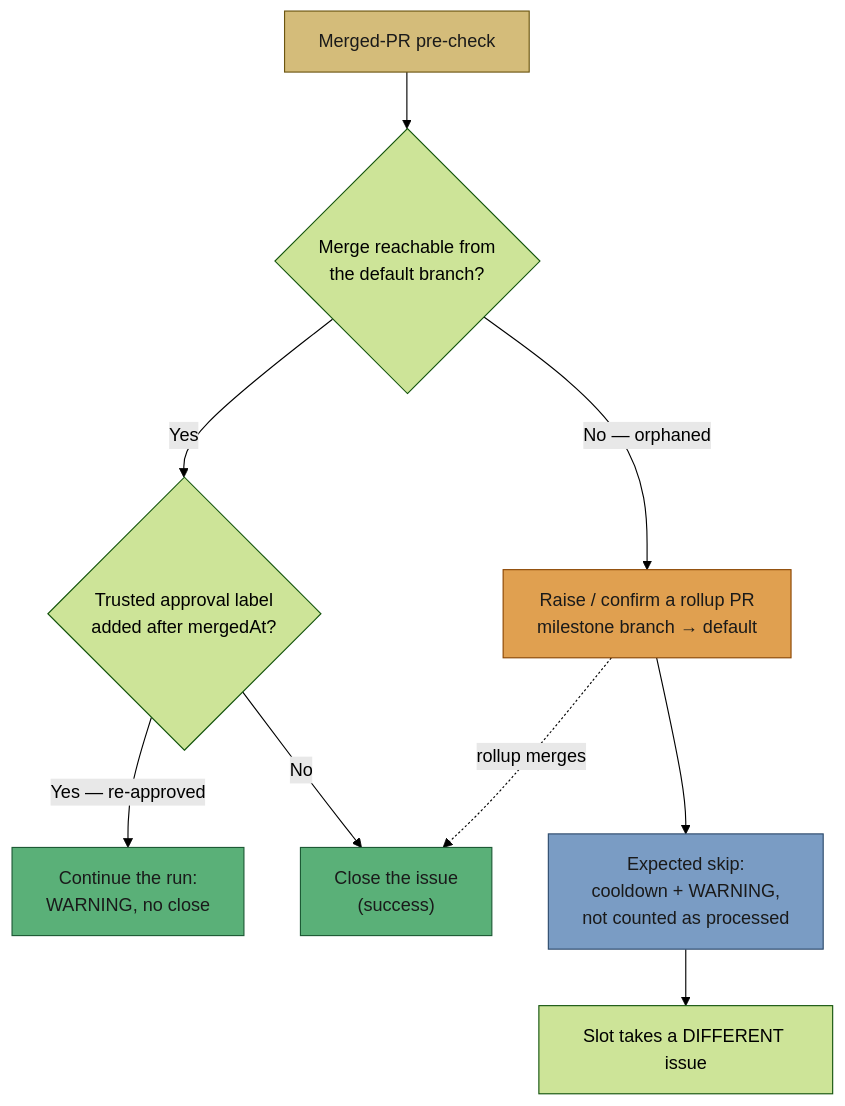
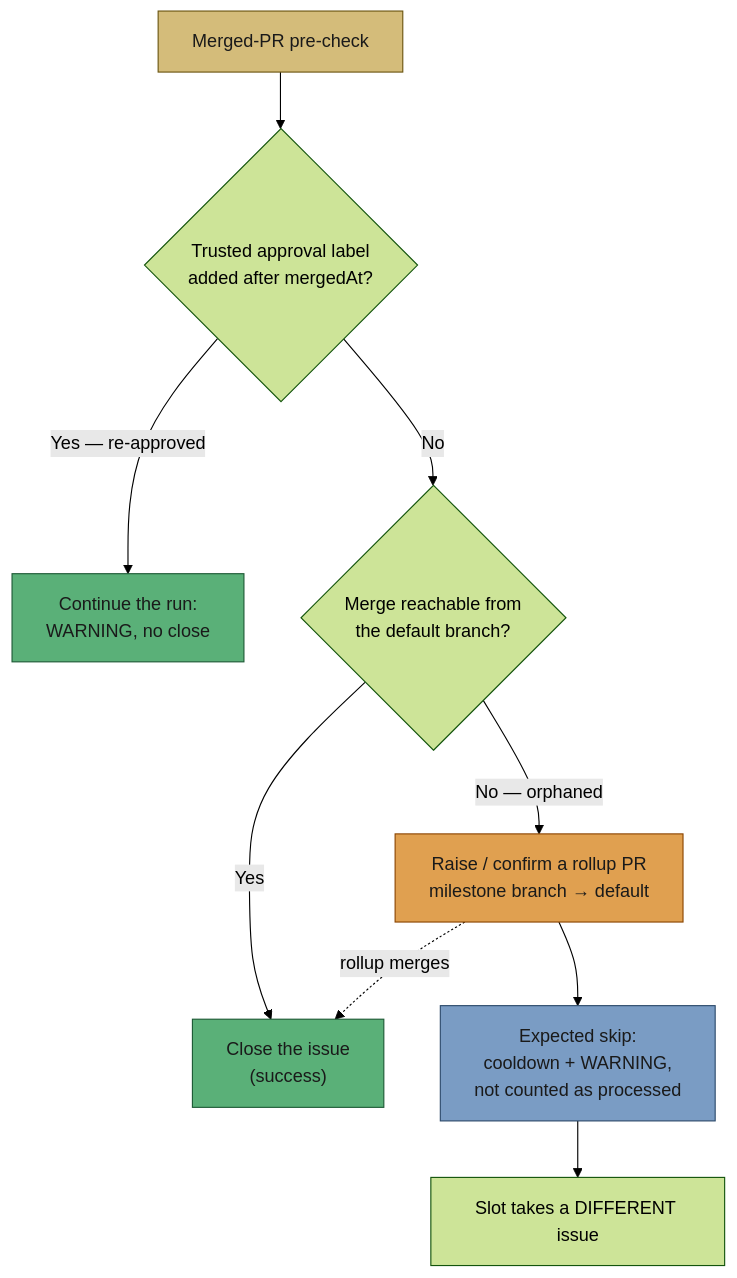
Before and after one commit to stSoftwareAU/VibeCoder: diagram 15 of 15 in docs/workflows/issue-processing.md, drawn with Mermaid (forest theme).

Commit message:
Docs: order the pre-check diagram as the code runs (Issue #1618)
The re-approval skip runs before the landing check, so the decision
diagram shows it first.

Vibe-Coder-Run-Id: vibe-mtscq4gt-ec3294

````diff
--- a/docs/workflows/issue-processing.md
+++ b/docs/workflows/issue-processing.md
@@ -987,16 +987,16 @@
 ```mermaid
 flowchart TD
-  Pre["Merged-PR pre-check"] --> Landed{"Merge reachable from<br/>the default branch?"}
-  Landed -->|Yes| Reapp{"Trusted approval label<br/>added after mergedAt?"}
+  Pre["Merged-PR pre-check"] --> Reapp{"Trusted approval label<br/>added after mergedAt?"}
   Reapp -->|"Yes — re-approved"| Work["Continue the run:<br/>WARNING, no close"]
-  Reapp -->|No| Close["Close the issue<br/>(success)"]
+  Reapp -->|No| Landed{"Merge reachable from<br/>the default branch?"}
+  Landed -->|Yes| Close["Close the issue<br/>(success)"]
   Landed -->|"No — orphaned"| Heal["Raise / confirm a rollup PR<br/>milestone branch → default"]
   Heal --> Bounce["Expected skip:<br/>cooldown + WARNING,<br/>not counted as processed"]
   Bounce --> Next["Slot takes a DIFFERENT issue"]
   Heal -.->|"rollup merges"| Close
   style Pre fill:#d4bc7a,stroke:#6b5510,color:#1a1a1a
   style Close fill:#5ab078,stroke:#1d5a35,color:#1a1a1a
   style Heal fill:#e0a050,stroke:#8b4500,color:#1a1a1a
   style Bounce fill:#7a9cc4,stroke:#2c4a6b,color:#1a1a1a
   style Work fill:#5ab078,stroke:#1d5a35,color:#1a1a1a
 ```
````
